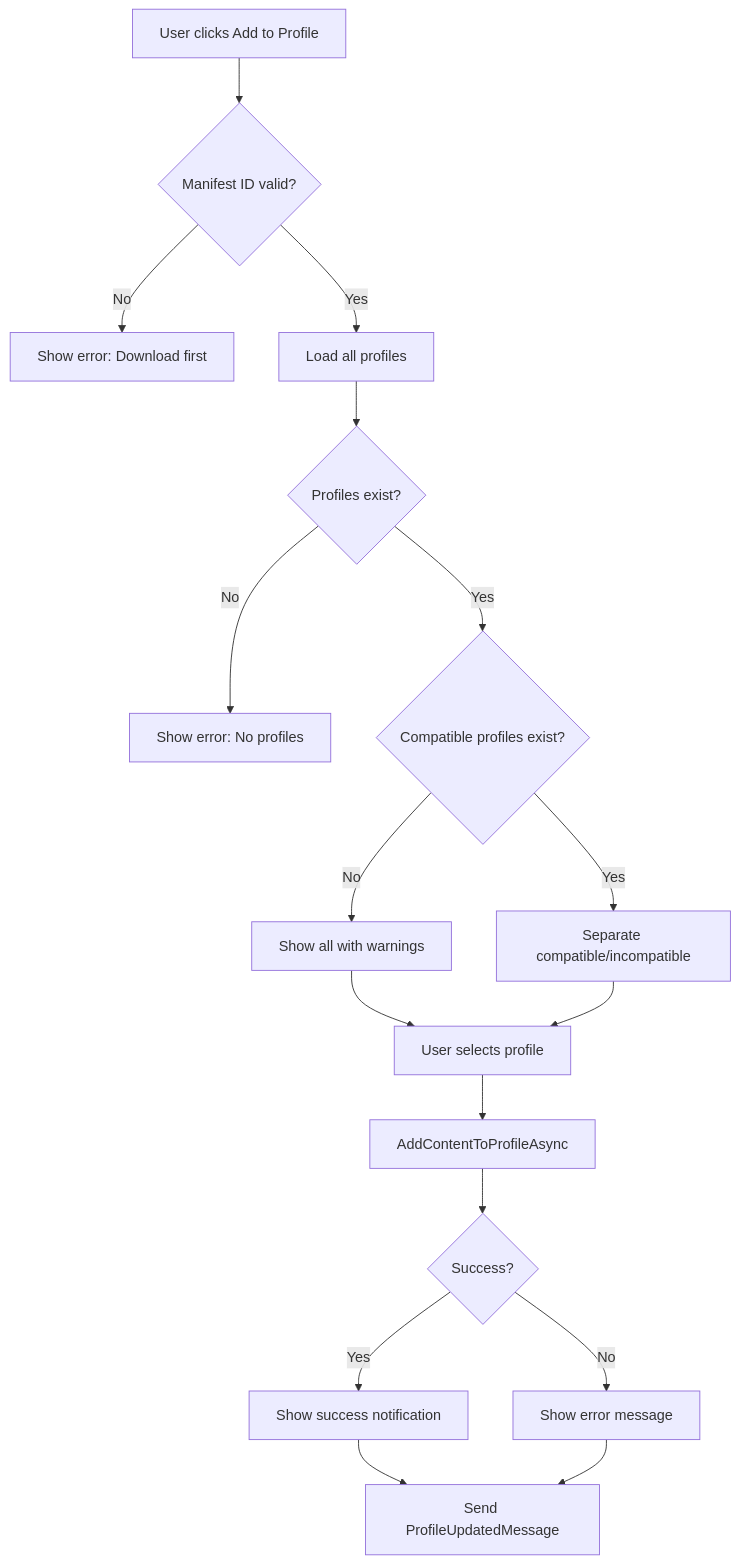
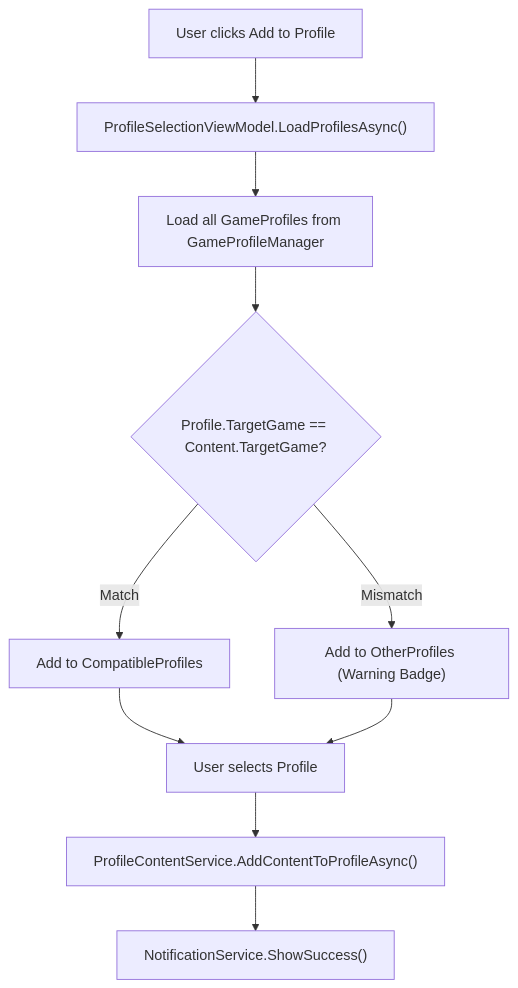
One commit to undead2146/GenHub changed the fifth of 5 diagrams in docs/features/downloads.md. Above: the diagram before and after it, drawn with Mermaid. The commit also changed other lines of this file and 215 other files, not shown here.

````diff
--- a/docs/features/downloads.md
+++ b/docs/features/downloads.md
@@ -505,24 +335,13 @@
 ```mermaid
 flowchart TD
-    A[User clicks Add to Profile] --> B{Manifest ID valid?}
-    B -->|No| C[Show error: Download first]
-    B -->|Yes| D[Load all profiles]
+    A["User clicks Add to Profile"] --> B["ProfileSelectionViewModel.LoadProfilesAsync()"]
+    B --> C["Load all GameProfiles from GameProfileManager"]
+    C --> D{"Profile.TargetGame == Content.TargetGame?"}
+    D -->|Match| E["Add to CompatibleProfiles"]
+    D -->|Mismatch| F["Add to OtherProfiles (Warning Badge)"]
 
-    D --> E{Profiles exist?}
-    E -->|No| F[Show error: No profiles]
-    E -->|Yes| G{Compatible profiles exist?}
-
-    G -->|No| H[Show all with warnings]
-    G -->|Yes| I[Separate compatible/incompatible]
-
-    H --> J[User selects profile]
-    I --> J
-
-    J --> K[AddContentToProfileAsync]
-    K --> L{Success?}
-    L -->|Yes| M[Show success notification]
-    L -->|No| N[Show error message]
-
-    M --> O[Send ProfileUpdatedMessage]
-    N --> O
+    E --> G["User selects Profile"]
+    F --> G
+    G --> H["ProfileContentService.AddContentToProfileAsync()"]
+    H --> I["NotificationService.ShowSuccess()"]
 ```
````
